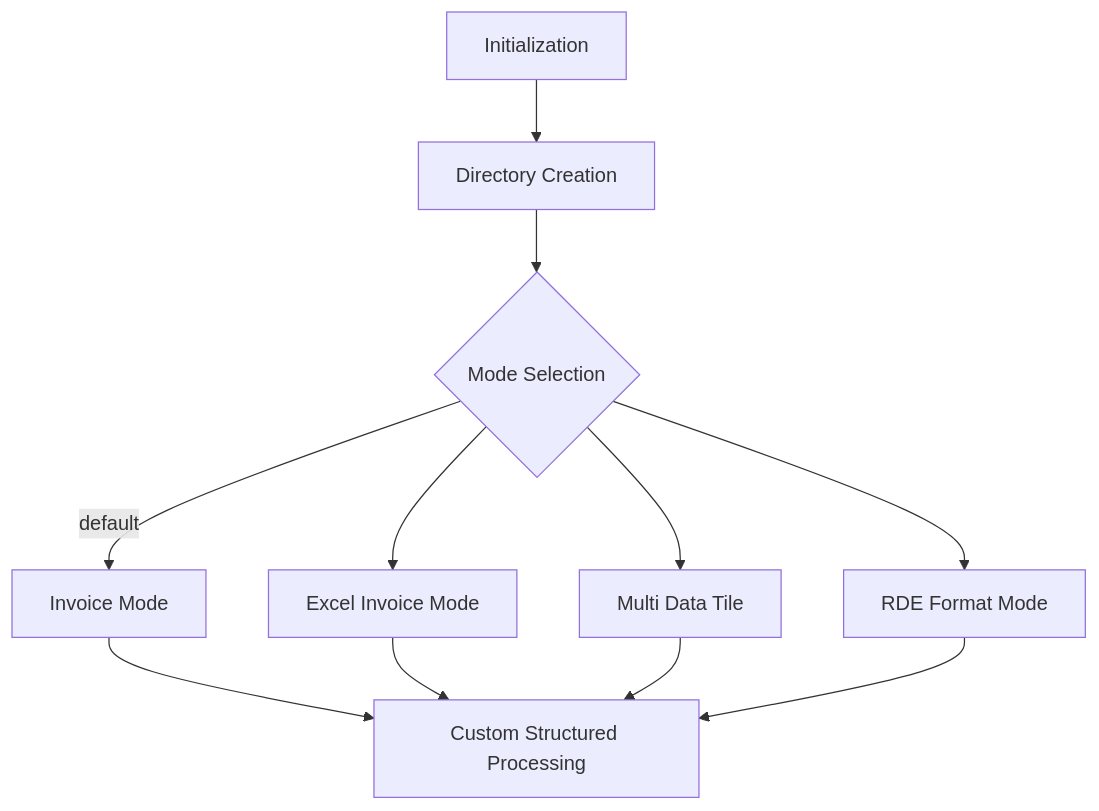
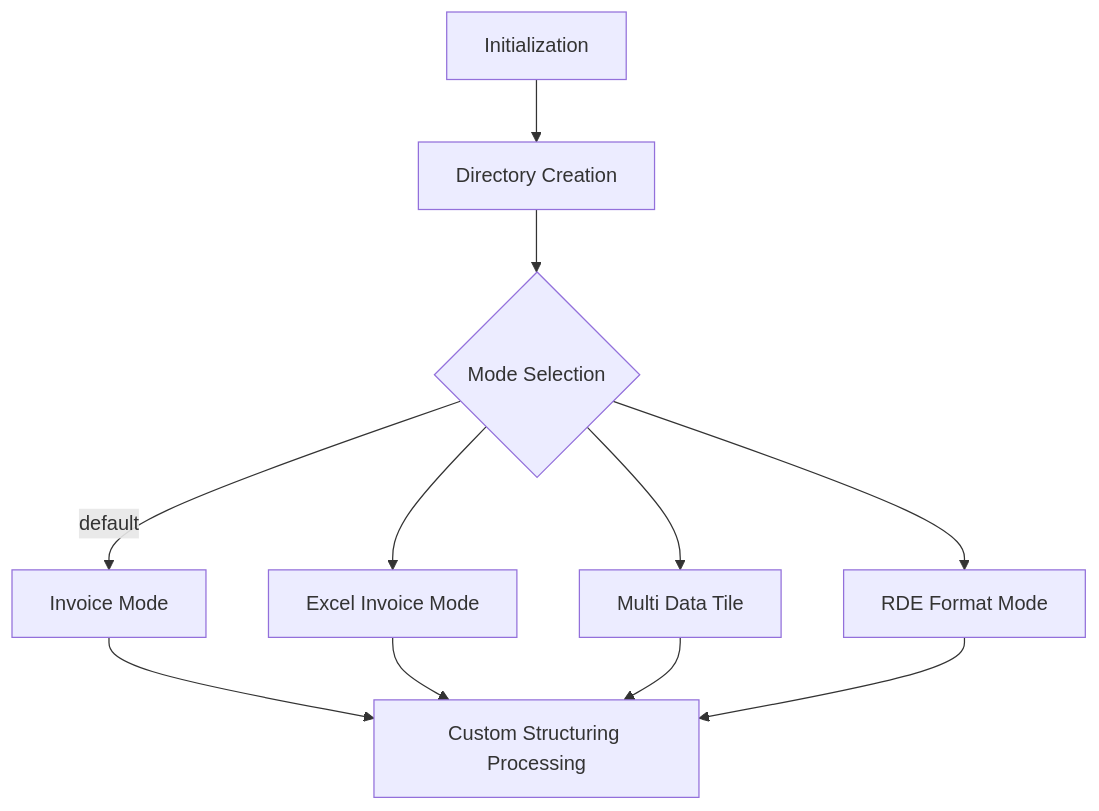
One commit to nims-mdpf/rdetoolkit changed the second of 3 diagrams in docs/user-guide/structured-processing.en.md. Above: the diagram before and after it, drawn with Mermaid. The commit also changed other lines of this file and 40 other files, not shown here.

Commit message:
Rename "Structured Processing" to "Structuring Processing" throughout docs

````diff
--- a/docs/user-guide/structured-processing.en.md
+++ b/docs/user-guide/structured-processing.en.md
@@ -51,13 +51,13 @@
 ```mermaid
 graph TD
     init1[Initialization] --> init2[Directory Creation]
     init2 --> init3{Mode Selection}
     init3 -->|default| init6[Invoice Mode]
     init3 --> init7[Excel Invoice Mode]
     init3 --> init8[Multi Data Tile]
     init3 --> init9[RDE Format Mode]
-    init6 --> init10[Custom Structured Processing]
+    init6 --> init10[Custom Structuring Processing]
     init7 --> init10
     init8 --> init10
     init9 --> init10
 ```
````
